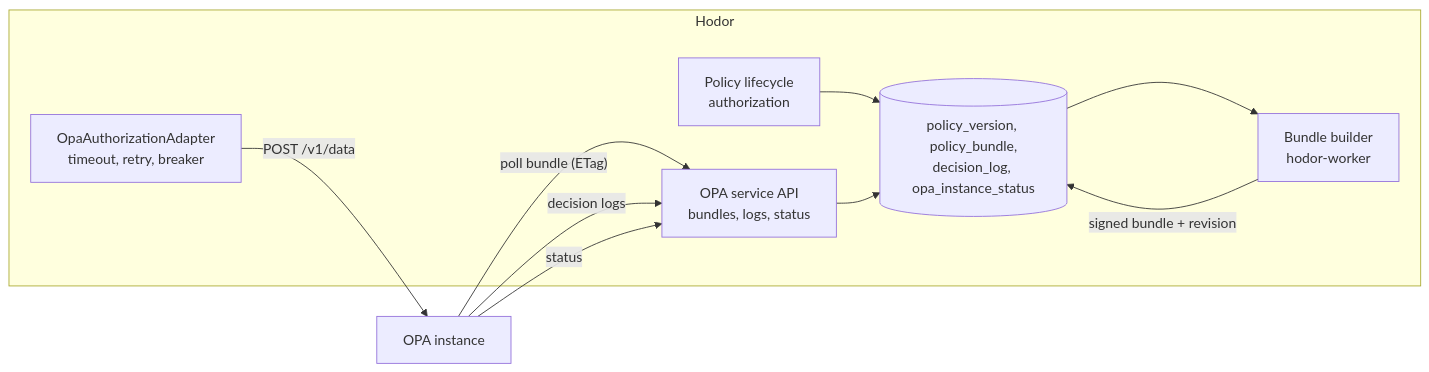
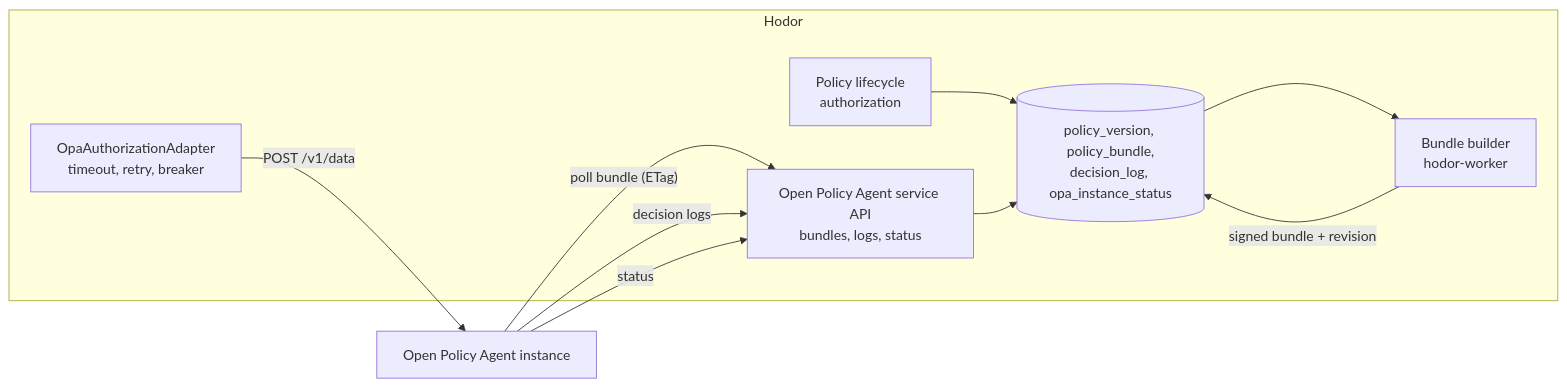
One commit to ortisun/hodor changed the second of 3 diagrams in docs/architecture/authorization.md. Above: the diagram before and after it, drawn with Mermaid. The commit also changed other lines of this file and 48 other files, not shown here.

````diff
--- a/docs/architecture/authorization.md
+++ b/docs/architecture/authorization.md
@@ -154,20 +154,20 @@
 ```mermaid
 flowchart LR
     subgraph hodor["Hodor"]
-        pap["Policy lifecycle<br/>authorization"]
+        policyLifecycle["Policy lifecycle<br/>authorization"]
         builder["Bundle builder<br/>hodor-worker"]
-        bsvc["OPA service API<br/>bundles, logs, status"]
+        serviceApi["Open Policy Agent service API<br/>bundles, logs, status"]
         adapter["OpaAuthorizationAdapter<br/>timeout, retry, breaker"]
         store[("policy_version, policy_bundle,<br/>decision_log, opa_instance_status")]
     end
-    opa["OPA instance"]
+    policyAgent["Open Policy Agent instance"]
 
-    pap --> store
+    policyLifecycle --> store
     store --> builder
     builder -->|"signed bundle + revision"| store
-    opa -->|"poll bundle (ETag)"| bsvc
-    opa -->|"decision logs"| bsvc
-    opa -->|"status"| bsvc
-    bsvc --> store
-    adapter -->|"POST /v1/data"| opa
+    policyAgent -->|"poll bundle (ETag)"| serviceApi
+    policyAgent -->|"decision logs"| serviceApi
+    policyAgent -->|"status"| serviceApi
+    serviceApi --> store
+    adapter -->|"POST /v1/data"| policyAgent
 ```
````
